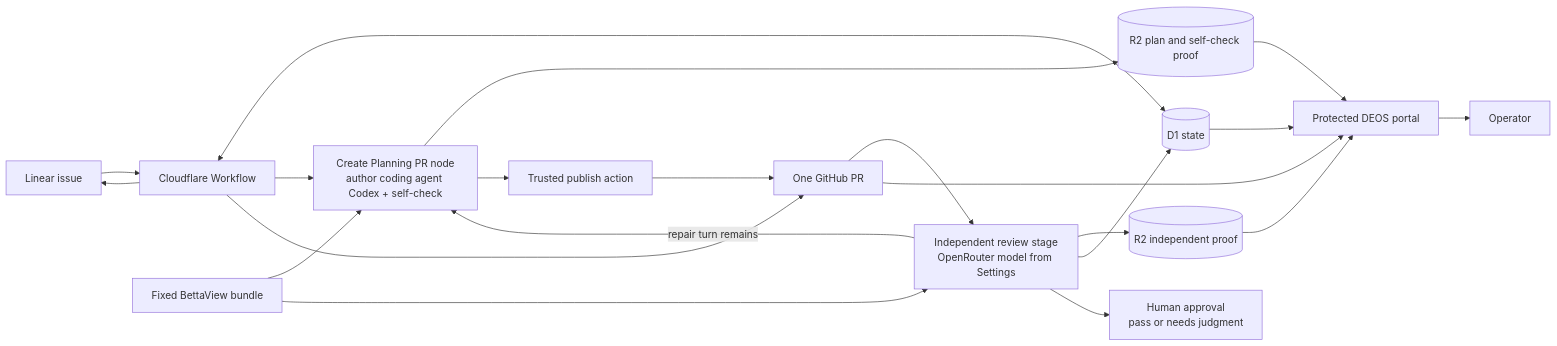
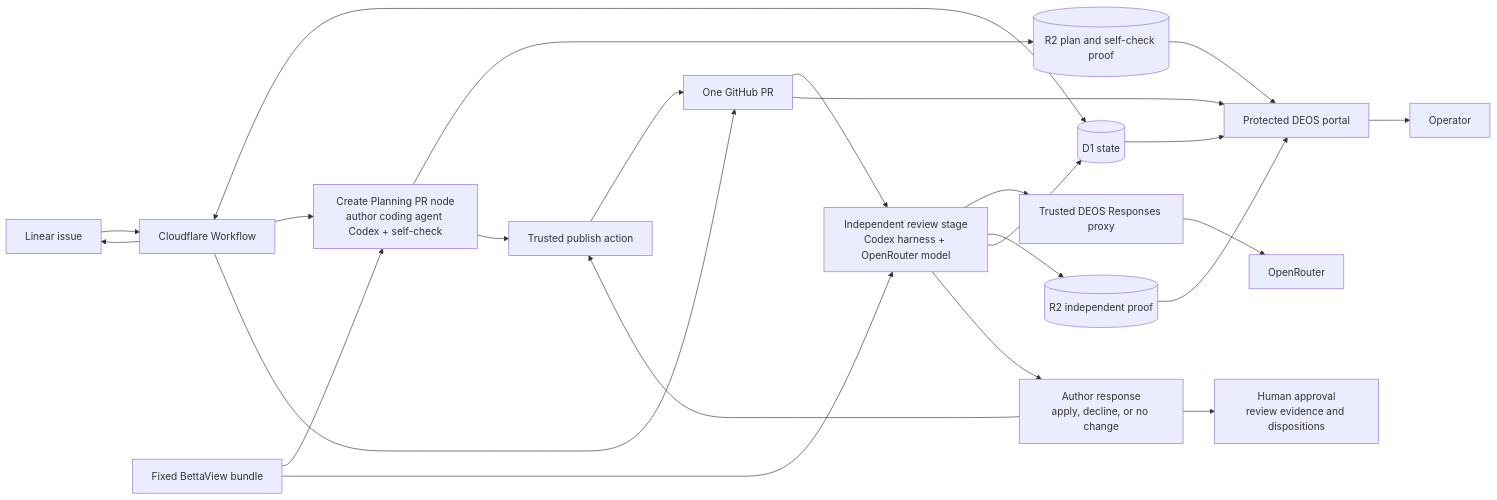
One commit to sachinkundu/deos changed the first of 2 diagrams in openspec/changes/add-openspec-traceability-review/design.md. Above: the diagram before and after it, drawn with Mermaid. The commit also changed other lines of this file and 107 other files, not shown here.

First line of the commit message:
feat: implement OpenSpec traceability review (#64)

````diff
--- a/openspec/changes/add-openspec-traceability-review/design.md
+++ b/openspec/changes/add-openspec-traceability-review/design.md
@@ -40,27 +40,30 @@
 ```mermaid
 flowchart LR
     L[Linear issue] --> W[Cloudflare Workflow]
     W <--> D[(D1 state)]
 
     W --> C[Create Planning PR node<br/>author coding agent Codex + self-check]
     B[Fixed BettaView bundle] --> C
     C --> R[(R2 plan and self-check proof)]
     C --> P[Trusted publish action]
     P --> G[One GitHub PR]
 
-    G --> I[Independent review stage<br/>OpenRouter model from Settings]
+    G --> I[Independent review stage<br/>Codex harness + OpenRouter model]
+    I --> X[Trusted DEOS Responses proxy]
+    X --> OR[OpenRouter]
     B --> I
     I --> E[(R2 independent proof)]
     I --> D
-    I -->|repair turn remains| C
-    I --> H[Human approval<br/>pass or needs judgment]
+    I --> A[Author response<br/>apply, decline, or no change]
+    A --> P
+    A --> H[Human approval<br/>review evidence and dispositions]
 
     D --> O[Protected DEOS portal]
     R --> O
     E --> O
     G --> O
     O --> U[Operator]
 
     W --> G
     W --> L
 ```
````
